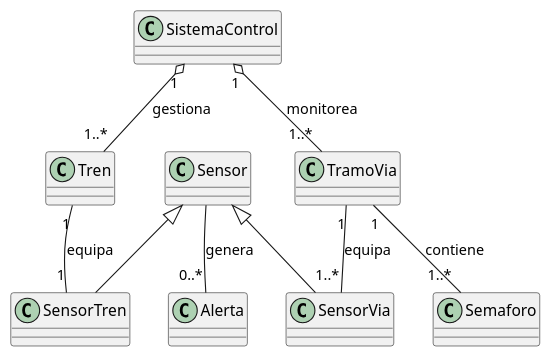
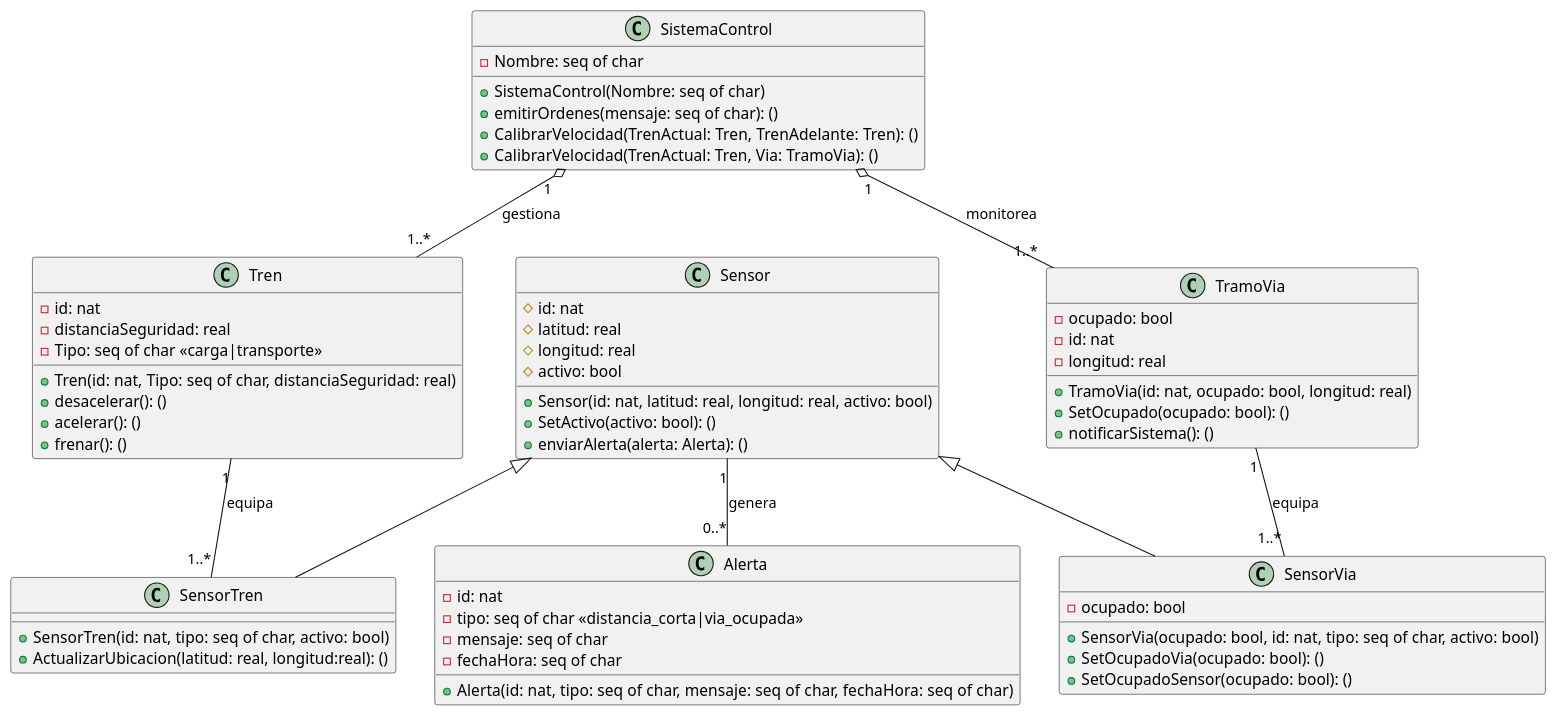
The diagram in diagrama de clases/trafico-de-trenes.wsd (RodrigoStranger/mf-trafico-de-trenes), drawn with PlantUML before and after one commit.

Commit message:
Update Diagram

```diff
--- a/diagrama de clases/trafico-de-trenes.wsd
+++ b/diagrama de clases/trafico-de-trenes.wsd
@@ -1,51 +1,75 @@
 @startuml trafico de trenes
 
 class Tren {
-
+    -id: nat
+    -distanciaSeguridad: real
+    -Tipo: seq of char <<carga|transporte>>
+    +Tren(id: nat, Tipo: seq of char, distanciaSeguridad: real)
+    +desacelerar(): ()
+    +acelerar(): ()
+    +frenar(): ()
 }
 
 class TramoVia {
-
+    -ocupado: bool
+    -id: nat
+    -longitud: real
+    +TramoVia(id: nat, ocupado: bool, longitud: real)
+    +SetOcupado(ocupado: bool): ()
+    +notificarSistema(): ()
 }
 
 class Sensor {
-
+    #id: nat
+    #latitud: real 
+    #longitud: real 
+    #activo: bool
+    +Sensor(id: nat, latitud: real, longitud: real, activo: bool)
+    +SetActivo(activo: bool): ()
+    +enviarAlerta(alerta: Alerta): ()
 }
 
 class SensorTren {
-
+    +SensorTren(id: nat, tipo: seq of char, activo: bool)
+    +ActualizarUbicacion(latitud: real, longitud:real): ()
 }
 
 class SensorVia {
-
-}
-
-class Semaforo {
-
+    -ocupado: bool
+    +SensorVia(ocupado: bool, id: nat, tipo: seq of char, activo: bool)
+    +SetOcupadoVia(ocupado: bool): ()
+    +SetOcupadoSensor(ocupado: bool): ()
 }
 
 class Alerta {
-
+    -id: nat
+    -tipo: seq of char <<distancia_corta|via_ocupada>>
+    -mensaje: seq of char
+    -fechaHora: seq of char
+    +Alerta(id: nat, tipo: seq of char, mensaje: seq of char, fechaHora: seq of char)
 }
 
 class SistemaControl {
-
+    -Nombre: seq of char
+    +SistemaControl(Nombre: seq of char)
+    +emitirOrdenes(mensaje: seq of char): ()
+    +CalibrarVelocidad(TrenActual: Tren, TrenAdelante: Tren): ()
+    +CalibrarVelocidad(TrenActual: Tren, Via: TramoVia): ()
 }
 
 ' Herencia
 Sensor <|-- SensorTren
 Sensor <|-- SensorVia
 
 ' Relaciones del sistema
 SistemaControl "1" o-- "1..*" Tren : gestiona 
 SistemaControl "1" o-- "1..*" TramoVia : monitorea 
 
 ' Relaciones entre entidades físicas
-TramoVia "1" -- "1..*" Semaforo : contiene 
 TramoVia "1" -- "1..*" SensorVia : equipa 
-Tren "1" -- "1" SensorTren : equipa
+Tren "1" -- "1..*" SensorTren : equipa
 
 ' Generación de alertas
-Sensor -- "0..*" Alerta : genera
+Sensor "1" -- "0..*" Alerta : genera
 
 @enduml
```
